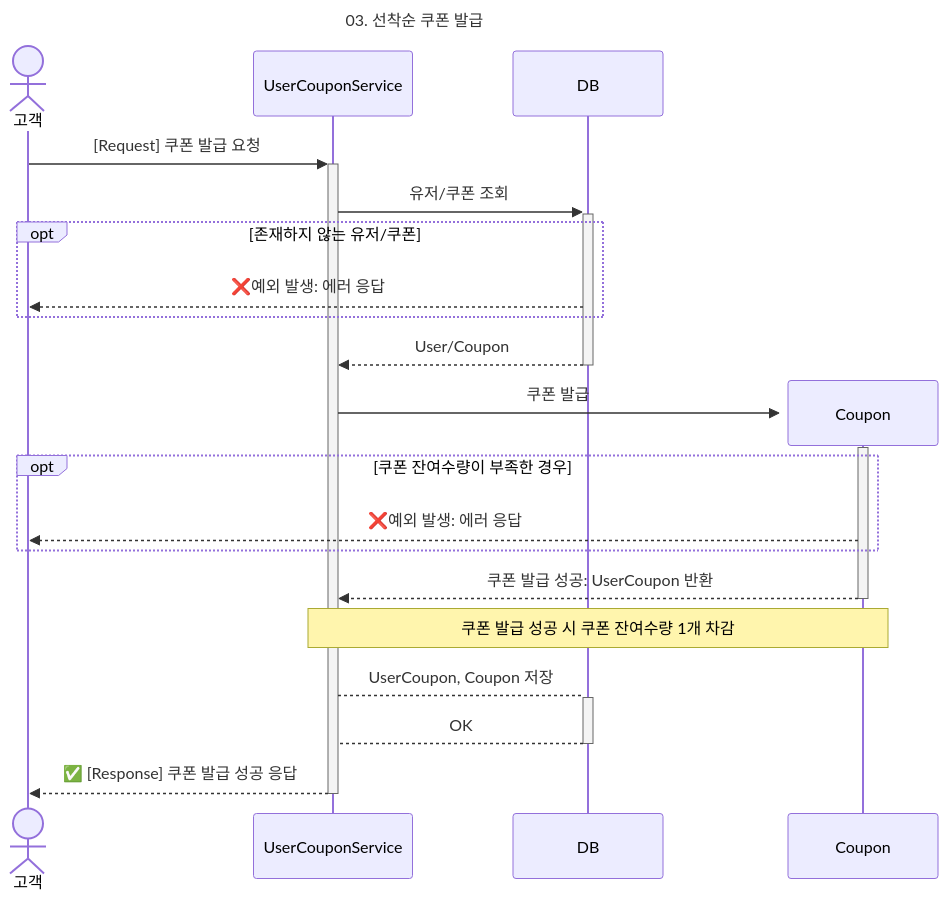
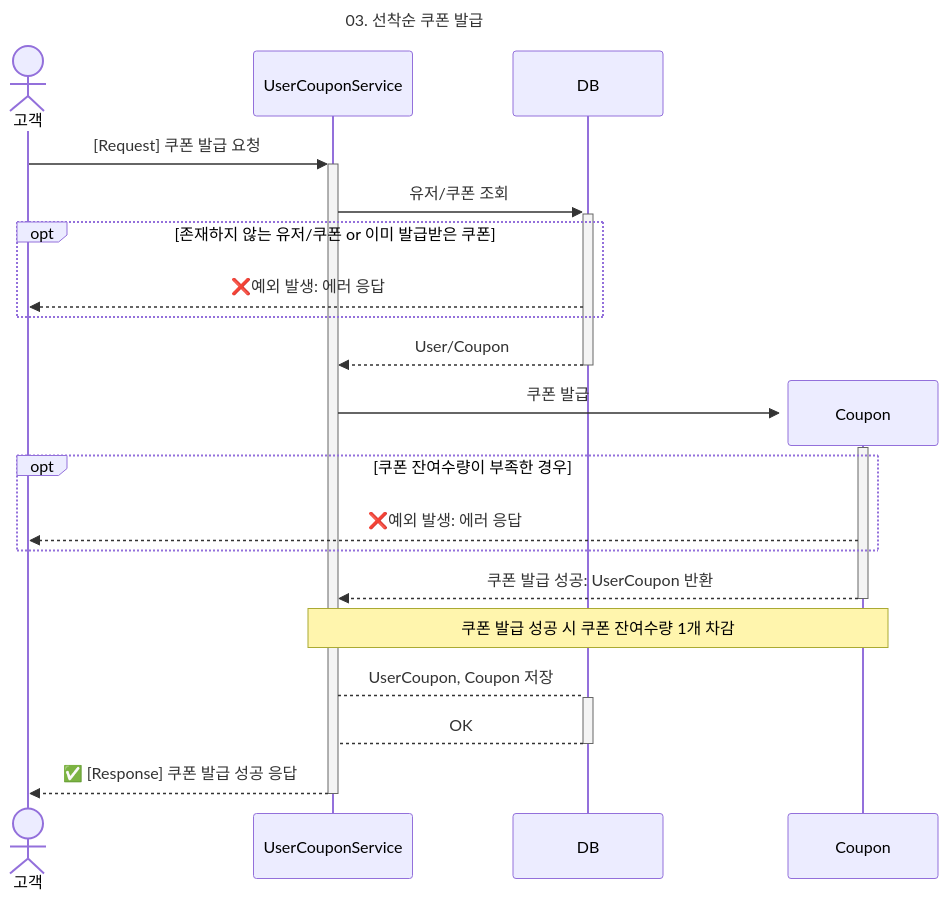
Before and after one commit to jinsy731/hhplus-ecommerce: the third of 6 diagrams in docs/03_Sequence_diagram.md, drawn with Mermaid. The commit also changed other lines of this file, not shown here.

Commit message:
📝 Docs: 시퀀스 다이어그램 문서 수정

````diff
--- a/docs/03_Sequence_diagram.md
+++ b/docs/03_Sequence_diagram.md
@@ -99,29 +99,29 @@
 ```mermaid
 ---
 title: 03. 선착순 쿠폰 발급
 ---
 sequenceDiagram
     actor C as 고객
     participant S as UserCouponService
     participant DB as DB
 
     C ->>+ S: [Request] 쿠폰 발급 요청
     S ->>+ DB: 유저/쿠폰 조회
-    opt 존재하지 않는 유저/쿠폰
+    opt 존재하지 않는 유저/쿠폰 or 이미 발급받은 쿠폰
     DB -->> C: ❌예외 발생: 에러 응답
     end
     DB -->>- S: User/Coupon
 
     create participant D as Coupon
     S ->>+ D: 쿠폰 발급
     opt 쿠폰 잔여수량이 부족한 경우
     D -->> C: ❌예외 발생: 에러 응답
     end
     D -->>- S: 쿠폰 발급 성공: UserCoupon 반환
     note over S, D: 쿠폰 발급 성공 시 쿠폰 잔여수량 1개 차감
 
 	S -->+ DB: UserCoupon, Coupon 저장
 	DB -->- S: OK
     
     S -->>- C: ✅ [Response] 쿠폰 발급 성공 응답
 ```
````
